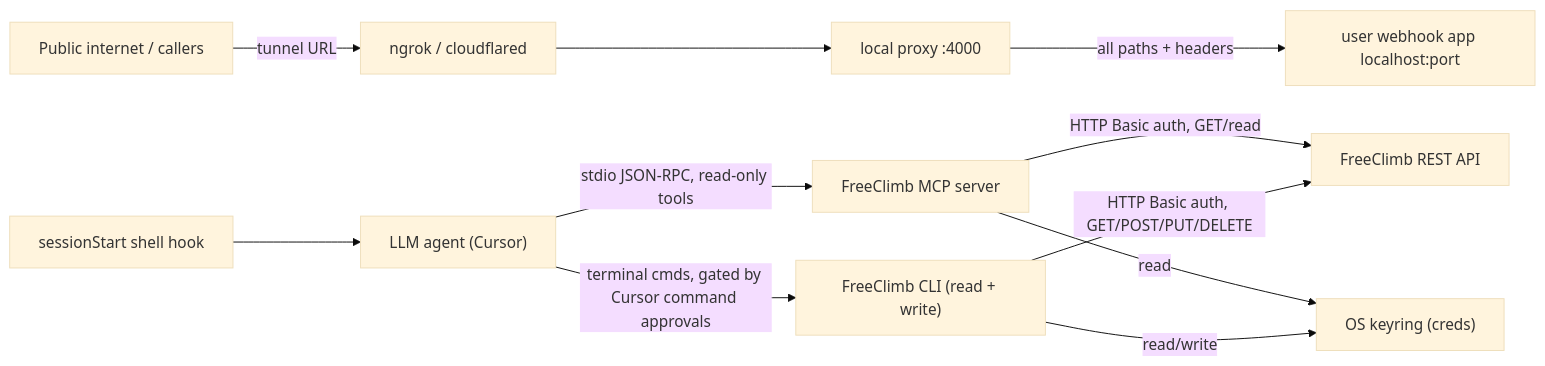
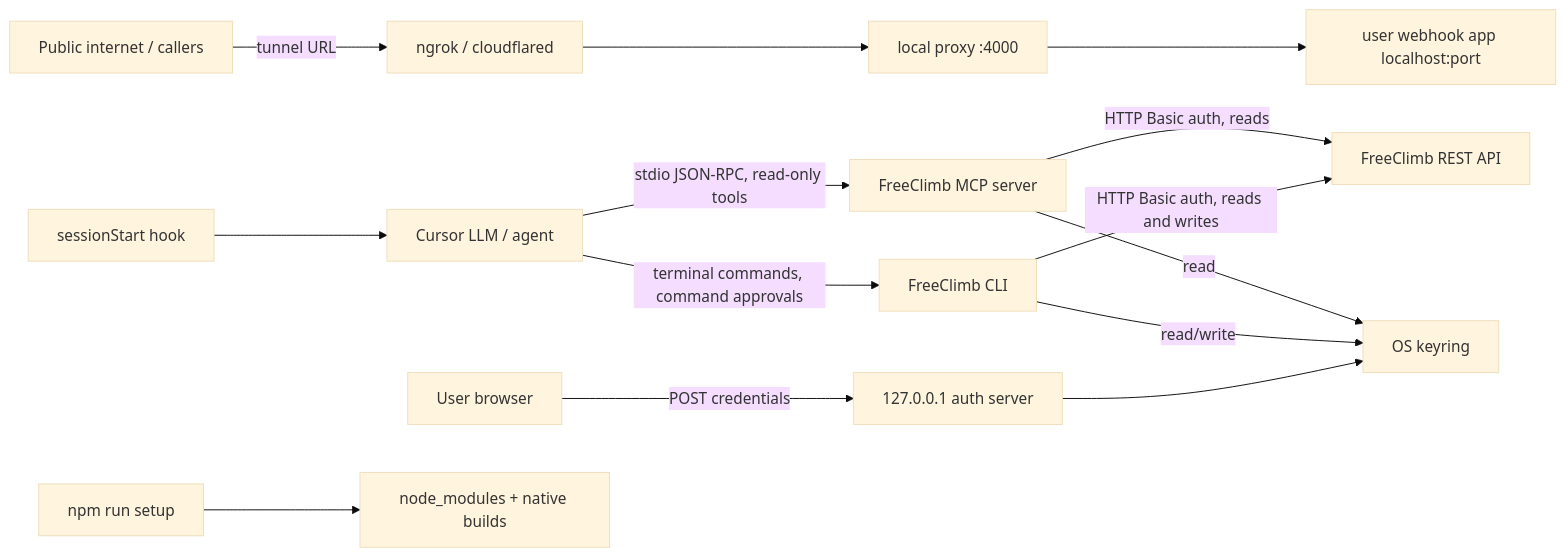
One commit to FreeClimbAPI/freeclimb-plugin changed the diagram in docs/security/architecture-review.md. Above: the diagram before and after it, drawn with Mermaid (base theme). The commit also changed other lines of this file and 14 other files, not shown here.

Commit message:
docs: align CLI docs and MCP configs with keyring login and standalone read-only MCP server

````diff
--- a/docs/security/architecture-review.md
+++ b/docs/security/architecture-review.md
@@ -43,13 +36,16 @@
 ```mermaid
 flowchart LR
-  llm["LLM agent (Cursor)"] -->|stdio JSON-RPC, read-only tools| mcp["FreeClimb MCP server"]
-  llm -->|terminal cmds, gated by Cursor command approvals| cli["FreeClimb CLI (read + write)"]
-  mcp -->|HTTP Basic auth, GET/read| api["FreeClimb REST API"]
-  cli -->|HTTP Basic auth, GET/POST/PUT/DELETE| api
-  mcp -->|read| keyring["OS keyring (creds)"]
+  agent["Cursor LLM / agent"] -->|stdio JSON-RPC, read-only tools| mcp["FreeClimb MCP server"]
+  agent -->|terminal commands, command approvals| cli["FreeClimb CLI"]
+  mcp -->|HTTP Basic auth, reads| api["FreeClimb REST API"]
+  cli -->|HTTP Basic auth, reads and writes| api
+  mcp -->|read| keyring["OS keyring"]
   cli -->|read/write| keyring
+  browser["User browser"] -->|POST credentials| loopback["127.0.0.1 auth server"]
+  loopback --> keyring
   internet["Public internet / callers"] -->|tunnel URL| tunnel["ngrok / cloudflared"]
   tunnel --> proxy["local proxy :4000"]
-  proxy -->|all paths + headers| localapp["user webhook app localhost:port"]
-  hooks["sessionStart shell hook"] --> llm
+  proxy --> localapp["user webhook app localhost:port"]
+  setup["npm run setup"] --> deps["node_modules + native builds"]
+  hooks["sessionStart hook"] --> agent
 ```
````
